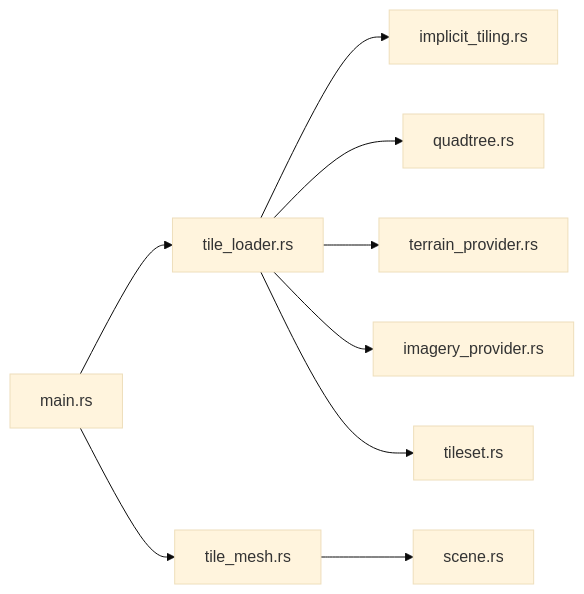
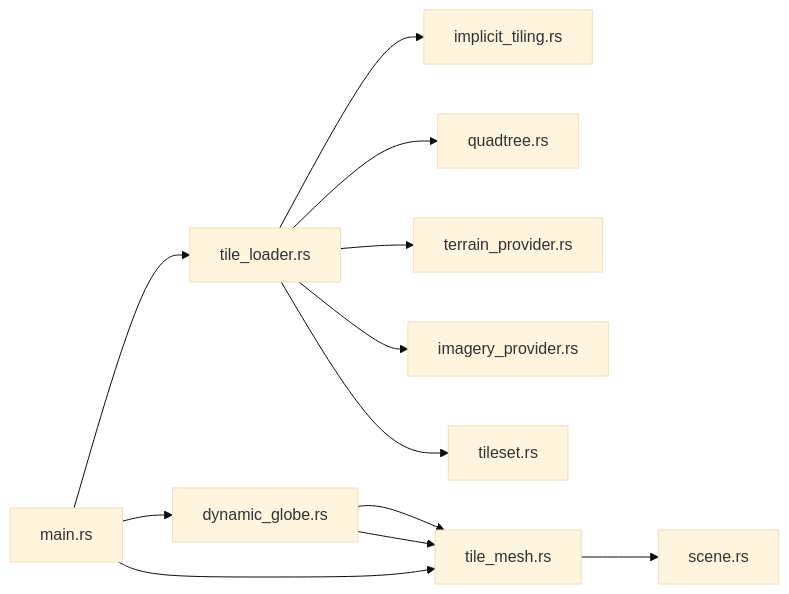
One commit to rzhangjing/cesium changed the eighth of 8 diagrams in .qoder/repowiki/zh/content/项目概述/核心特性/3D数据格式支持/3D Tiles标准支持/瓦片网格生成.md. Above: the diagram before and after it, drawn with Mermaid (base theme). The commit also changed other lines of this file and 24 other files, not shown here.

````diff
--- a/.qoder/repowiki/zh/content/项目概述/核心特性/3D数据格式支持/3D Tiles标准支持/瓦片网格生成.md
+++ b/.qoder/repowiki/zh/content/项目概述/核心特性/3D数据格式支持/3D Tiles标准支持/瓦片网格生成.md
@@ -309,11 +368,14 @@
 ```mermaid
 graph LR
 TL["tile_loader.rs"] --> IT["implicit_tiling.rs"]
 TL --> QT["quadtree.rs"]
 TL --> TP["terrain_provider.rs"]
 TL --> IP["imagery_provider.rs"]
 TL --> TS["tileset.rs"]
 TM["tile_mesh.rs"] --> SC["scene.rs"]
+DG["dynamic_globe.rs"] --> TM
+DG --> TM
 M["main.rs"] --> TL
 M --> TM
+M --> DG
 ```
````
